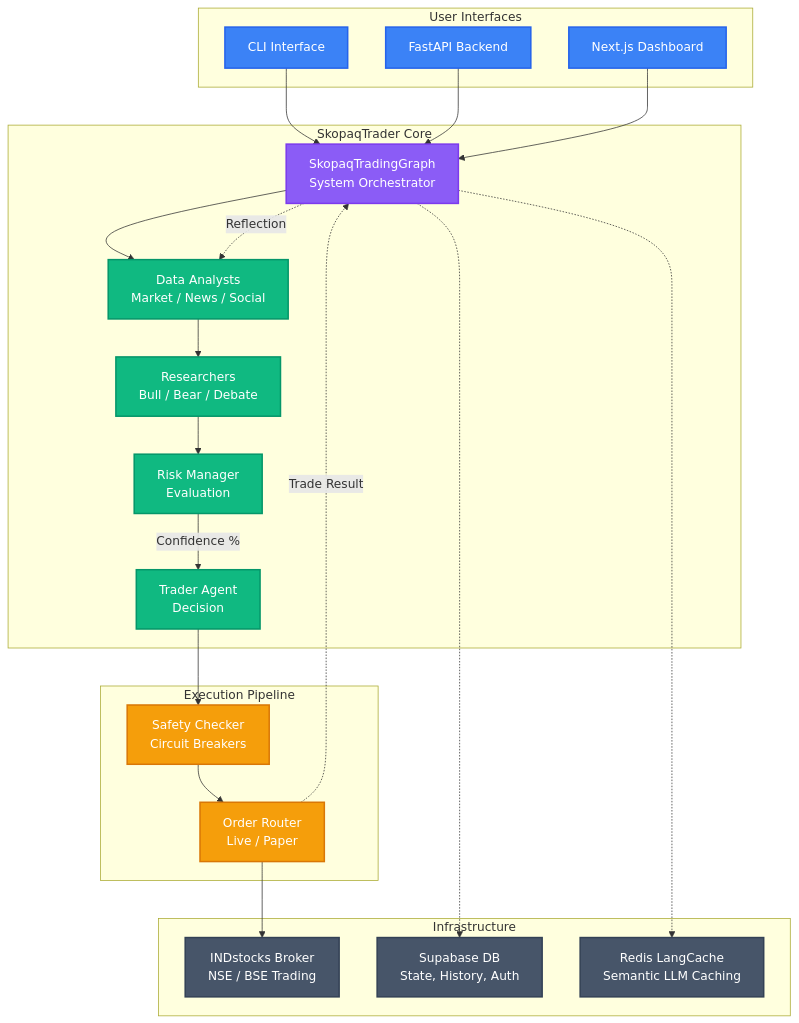
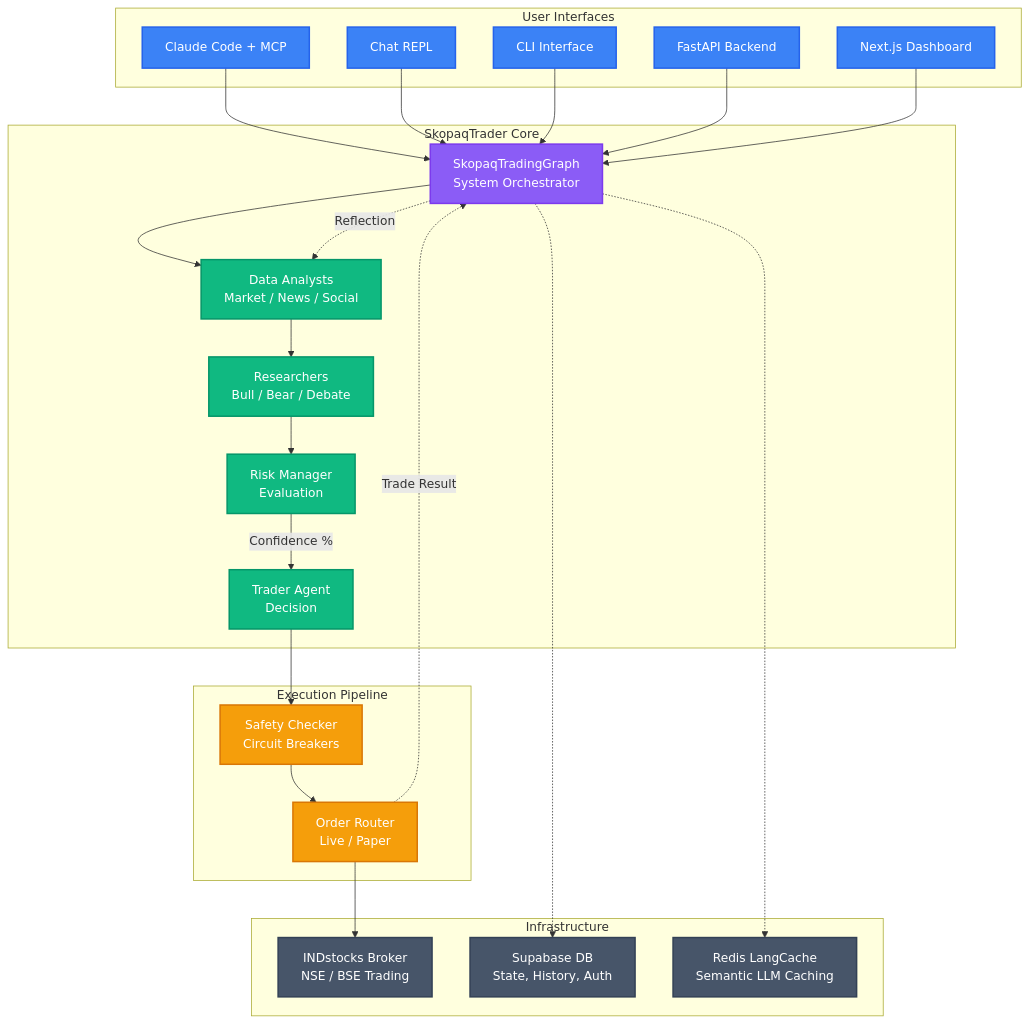
One commit to samuelvinay91/skopaqtrader changed the first of 4 diagrams in README.md. Above: the diagram before and after it, drawn with Mermaid. The commit also changed other lines of this file, not shown here.

First line of the commit message:
docs: add Claude Code integration guide, MCP setup, skills, and Ollama docs to README

````diff
--- a/README.md
+++ b/README.md
@@ -62,48 +65,52 @@
 ```mermaid
 graph TD
     classDef interface fill:#3b82f6,stroke:#2563eb,stroke-width:2px,color:#fff
     classDef core fill:#8b5cf6,stroke:#7c3aed,stroke-width:2px,color:#fff
     classDef agent fill:#10b981,stroke:#059669,stroke-width:2px,color:#fff
     classDef execution fill:#f59e0b,stroke:#d97706,stroke-width:2px,color:#fff
     classDef external fill:#475569,stroke:#334155,stroke-width:2px,color:#fff
 
     subgraph UI["User Interfaces"]
+        ClaudeCode["Claude Code + MCP"]:::interface
+        ChatREPL["Chat REPL"]:::interface
         CLI["CLI Interface"]:::interface
         API["FastAPI Backend"]:::interface
         Dashboard["Next.js Dashboard"]:::interface
     end
 
     subgraph CoreSystem["SkopaqTrader Core"]
         Orchestrator["SkopaqTradingGraph<br/>System Orchestrator"]:::core
         DataAgents["Data Analysts<br/>Market / News / Social"]:::agent
         ResearchAgents["Researchers<br/>Bull / Bear / Debate"]:::agent
         RiskAgent["Risk Manager<br/>Evaluation"]:::agent
         TraderAgent["Trader Agent<br/>Decision"]:::agent
     end
 
     subgraph Exec["Execution Pipeline"]
         Safety["Safety Checker<br/>Circuit Breakers"]:::execution
         Router["Order Router<br/>Live / Paper"]:::execution
     end
 
     subgraph Infra["Infrastructure"]
         INDstocks["INDstocks Broker<br/>NSE / BSE Trading"]:::external
         Supabase["Supabase DB<br/>State, History, Auth"]:::external
         Redis["Redis LangCache<br/>Semantic LLM Caching"]:::external
     end
 
+    ClaudeCode --> Orchestrator
+    ChatREPL --> Orchestrator
     CLI --> Orchestrator
     API --> Orchestrator
     Dashboard --> Orchestrator
     Orchestrator --> DataAgents
     DataAgents --> ResearchAgents
     ResearchAgents --> RiskAgent
     RiskAgent -- "Confidence %" --> TraderAgent
     TraderAgent --> Safety
     Safety --> Router
     Router --> INDstocks
     Orchestrator -.-> Supabase
     Orchestrator -.-> Redis
     Router -. "Trade Result" .-> Orchestrator
     Orchestrator -. "Reflection" .-> DataAgents
 ```
````
